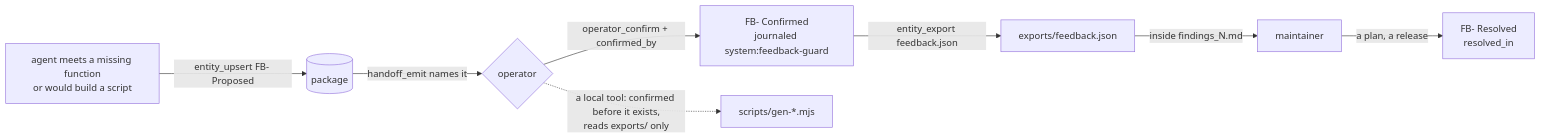
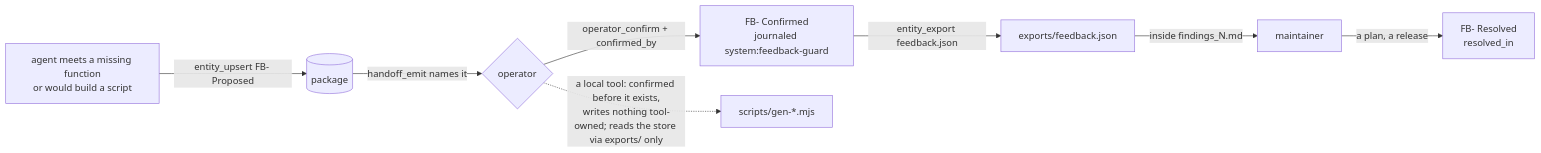
The first of 3 diagrams in docs/architecture.md (A-H-911/tamheed), drawn with Mermaid before and after one commit. The commit also changed 12 other files, not shown here.

````diff
--- a/docs/architecture.md
+++ b/docs/architecture.md
@@ -99,10 +99,10 @@
 ```mermaid
 flowchart LR
     A["agent meets a missing function\nor would build a script"] -->|entity_upsert FB- Proposed| P[(package)]
     P -->|handoff_emit names it| O{operator}
     O -->|operator_confirm + confirmed_by| C[FB- Confirmed\njournaled system:feedback-guard]
     C -->|entity_export feedback.json| E[exports/feedback.json]
     E -->|inside findings_N.md| M[maintainer]
     M -->|a plan, a release| R[FB- Resolved\nresolved_in]
-    O -.->|a local tool: confirmed before it exists,\nreads exports/ only| T[scripts/gen-*.mjs]
+    O -.->|a local tool: confirmed before it exists,\nwrites nothing tool-owned; reads the store via exports/ only| T[scripts/gen-*.mjs]
 ```
````
